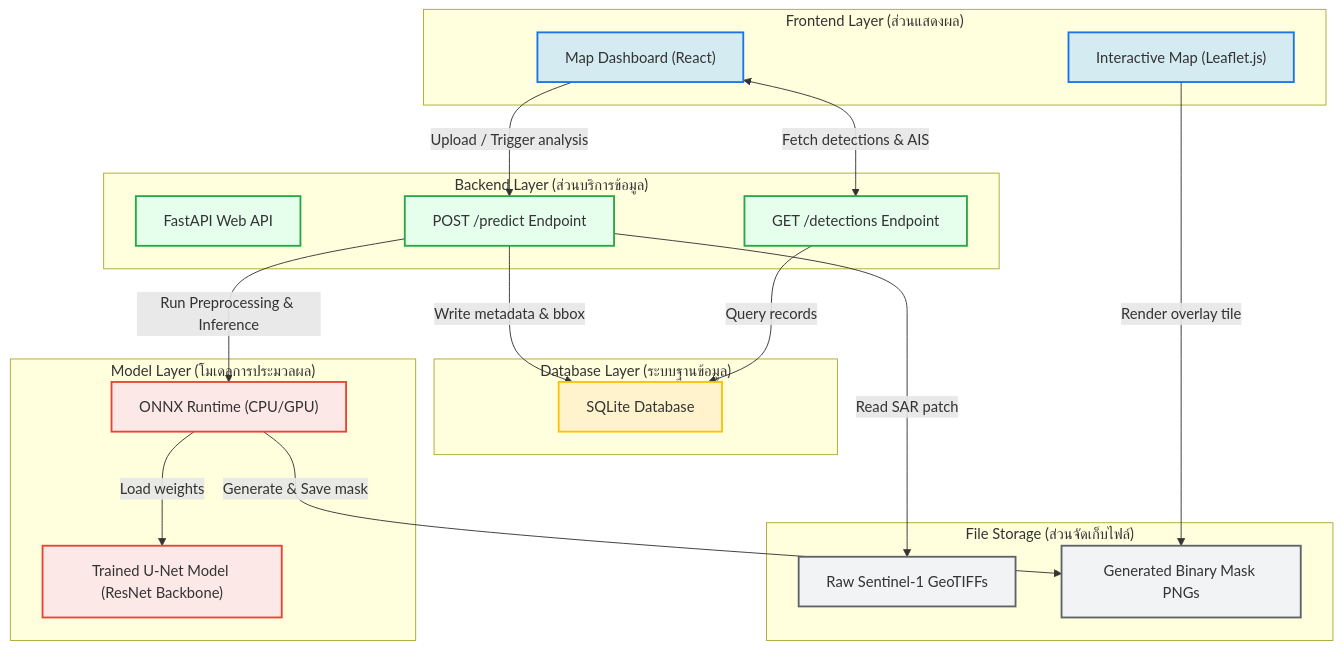
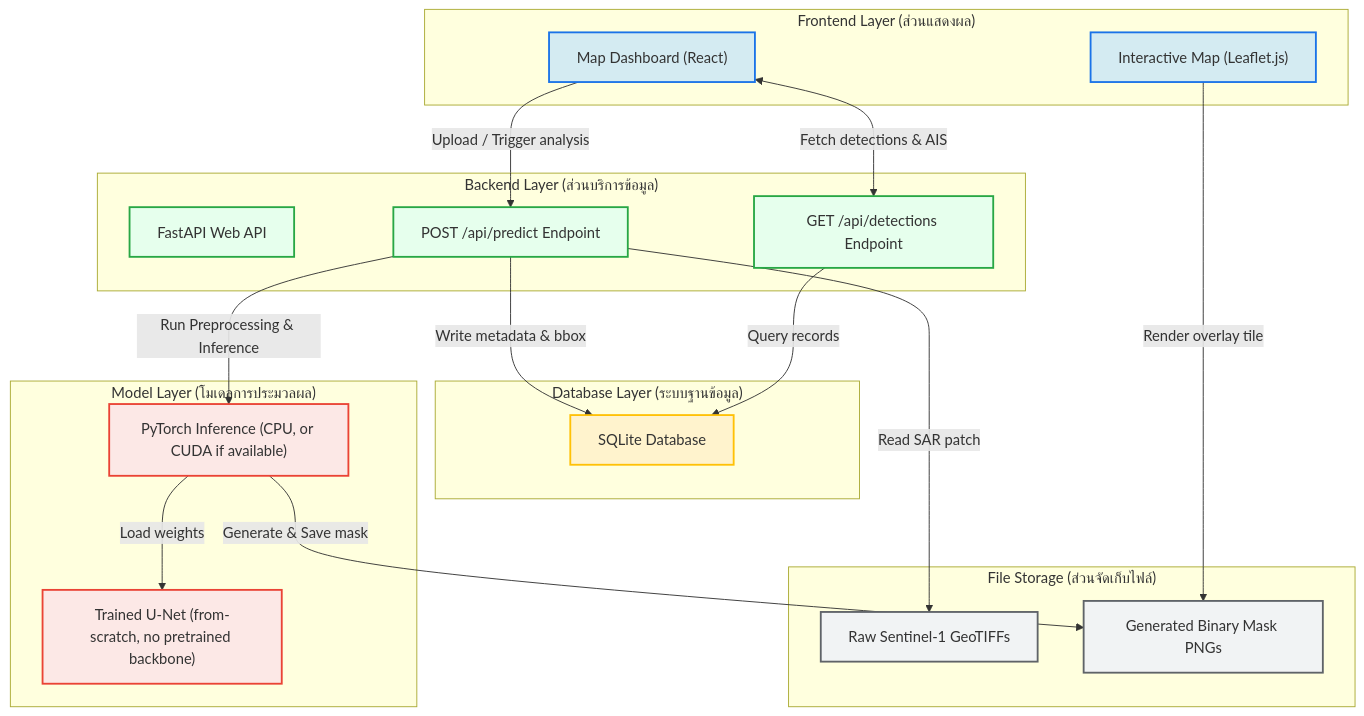
The diagram in docs/system_architecture.md (Zenzencat/Project-Pelagic), drawn with Mermaid before and after one commit. The commit also changed other lines of this file, not shown here.

First line of the commit message:
Fix stale ONNX Runtime / ResNet backbone claims in system_architecture.md

````diff
--- a/docs/system_architecture.md
+++ b/docs/system_architecture.md
@@ -23,48 +23,48 @@
 ```mermaid
 graph TD
   %% Style definitions
   classDef frontend fill:#d4ebf2,stroke:#1a73e8,stroke-width:2px;
   classDef backend fill:#e6ffed,stroke:#28a745,stroke-width:2px;
   classDef db fill:#fff3cd,stroke:#ffc107,stroke-width:2px;
   classDef ml fill:#fce8e6,stroke:#ea4335,stroke-width:2px;
   classDef storage fill:#f1f3f4,stroke:#5f6368,stroke-width:2px;
 
   subgraph FE ["Frontend Layer (ส่วนแสดงผล)"]
     UI["Map Dashboard (React)"]:::frontend
     Map["Interactive Map (Leaflet.js)"]:::frontend
   end
 
   subgraph BE ["Backend Layer (ส่วนบริการข้อมูล)"]
     API["FastAPI Web API"]:::backend
-    PredictRouter["POST /predict Endpoint"]:::backend
-    HistoryRouter["GET /detections Endpoint"]:::backend
+    PredictRouter["POST /api/predict Endpoint"]:::backend
+    HistoryRouter["GET /api/detections Endpoint"]:::backend
   end
 
   subgraph DB ["Database Layer (ระบบฐานข้อมูล)"]
     SQLite["SQLite Database"]:::db
   end
 
   subgraph ML ["Model Layer (โมเดลการประมวลผล)"]
-    Inference["ONNX Runtime (CPU/GPU)"]:::ml
-    ModelFile["Trained U-Net Model (ResNet Backbone)"]:::ml
+    Inference["PyTorch Inference (CPU, or CUDA if available)"]:::ml
+    ModelFile["Trained U-Net (from-scratch, no pretrained backbone)"]:::ml
   end
 
   subgraph ST ["File Storage (ส่วนจัดเก็บไฟล์)"]
     RawScenes["Raw Sentinel-1 GeoTIFFs"]:::storage
     PredictMasks["Generated Binary Mask PNGs"]:::storage
   end
 
   %% Data Flow & Interactions
   UI <-->|Fetch detections & AIS| HistoryRouter
   UI -->|Upload / Trigger analysis| PredictRouter
   
   PredictRouter -->|Read SAR patch| RawScenes
   PredictRouter -->|Run Preprocessing & Inference| Inference
   Inference -->|Load weights| ModelFile
   
   Inference -->|Generate & Save mask| PredictMasks
   PredictRouter -->|Write metadata & bbox| SQLite
   HistoryRouter -->|Query records| SQLite
 
   Map -->|Render overlay tile| PredictMasks
 ```
````
